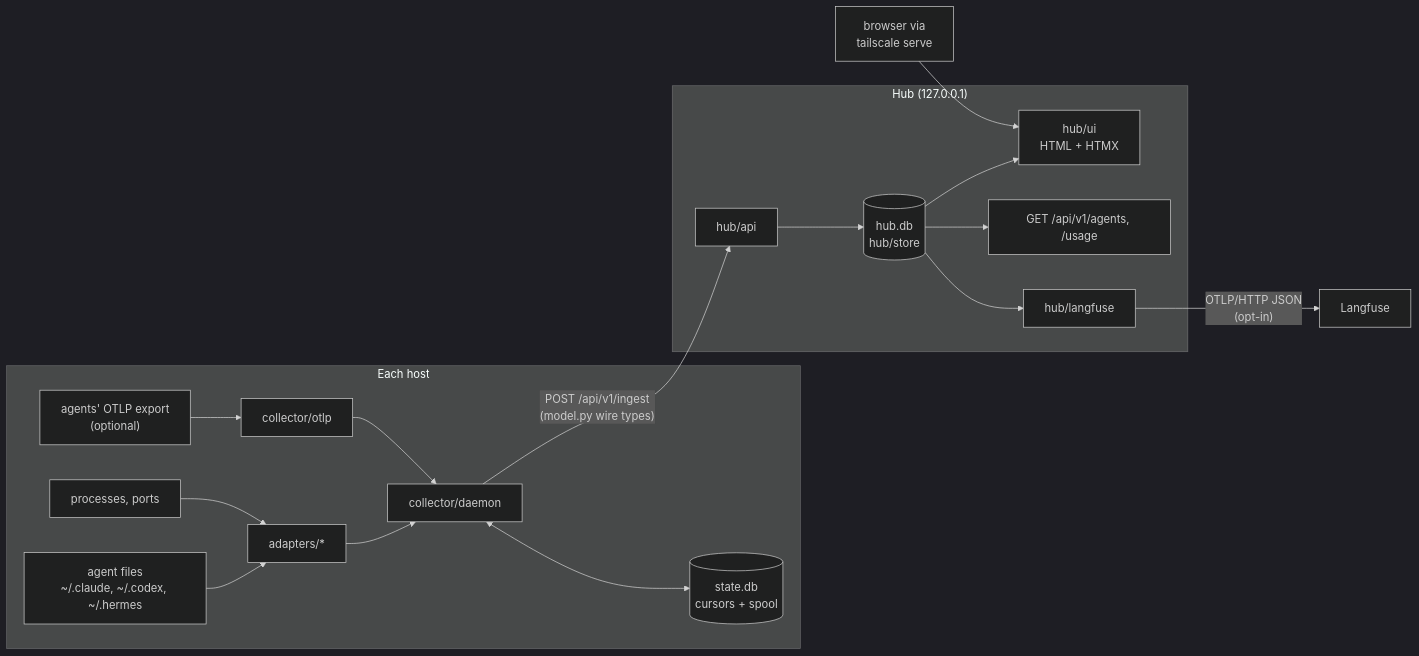
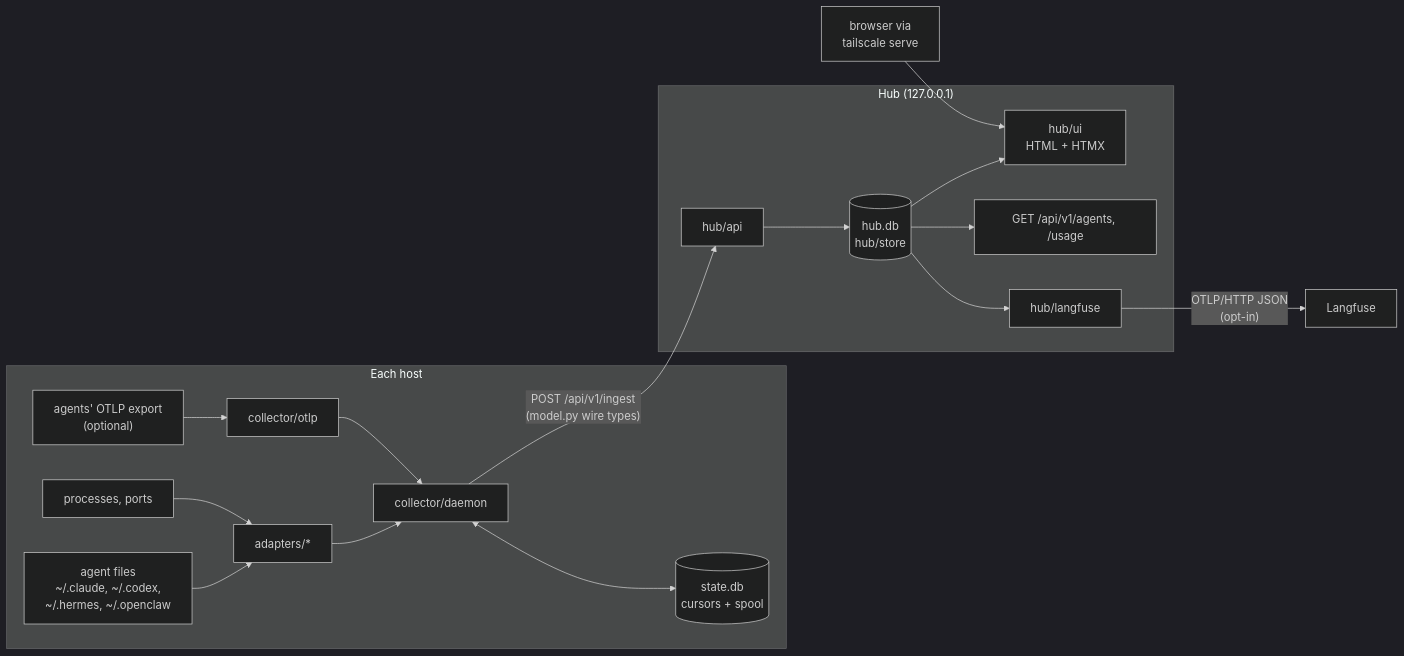
The diagram in docs/architecture.md (victorbonnet/openvigie), drawn with Mermaid (dark theme) before and after one commit. The commit also changed other lines of this file and 6 other files, not shown here.

````diff
--- a/docs/architecture.md
+++ b/docs/architecture.md
@@ -11,20 +11,20 @@
 ```mermaid
 flowchart LR
   subgraph host["Each host"]
-    files["agent files<br/>~/.claude, ~/.codex, ~/.hermes"] --> adapters
+    files["agent files<br/>~/.claude, ~/.codex,<br/>~/.hermes, ~/.openclaw"] --> adapters
     procs["processes, ports"] --> adapters
     otlpin["agents' OTLP export<br/>(optional)"] --> receiver["collector/otlp"]
     adapters["adapters/*"] --> collector["collector/daemon"]
     receiver --> collector
     collector <--> spool[("state.db<br/>cursors + spool")]
   end
   collector -- "POST /api/v1/ingest<br/>(model.py wire types)" --> api["hub/api"]
   subgraph hubbox["Hub (127.0.0.1)"]
     api --> store[("hub.db<br/>hub/store")]
     store --> ui["hub/ui<br/>HTML + HTMX"]
     store --> japi["GET /api/v1/agents, /usage"]
     store --> exporter["hub/langfuse"]
   end
   exporter -- "OTLP/HTTP JSON<br/>(opt-in)" --> langfuse["Langfuse"]
   browser["browser via<br/>tailscale serve"] --> ui
 ```
````
